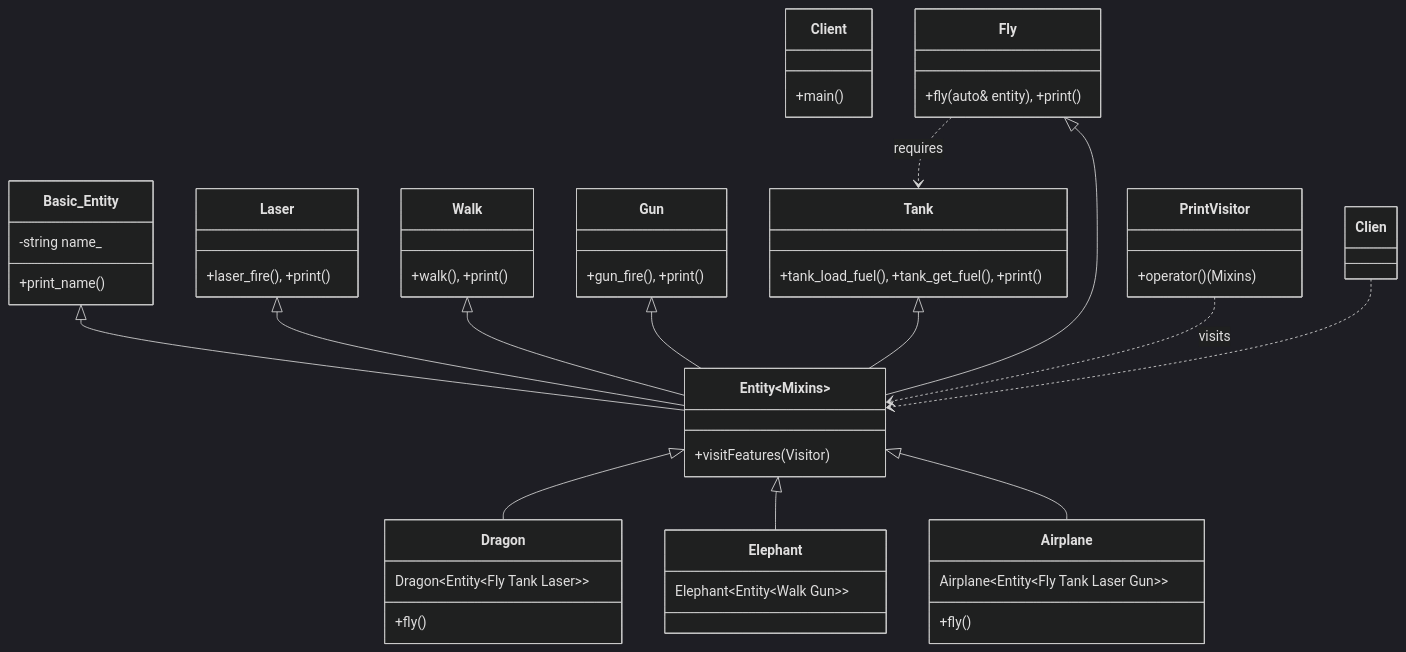
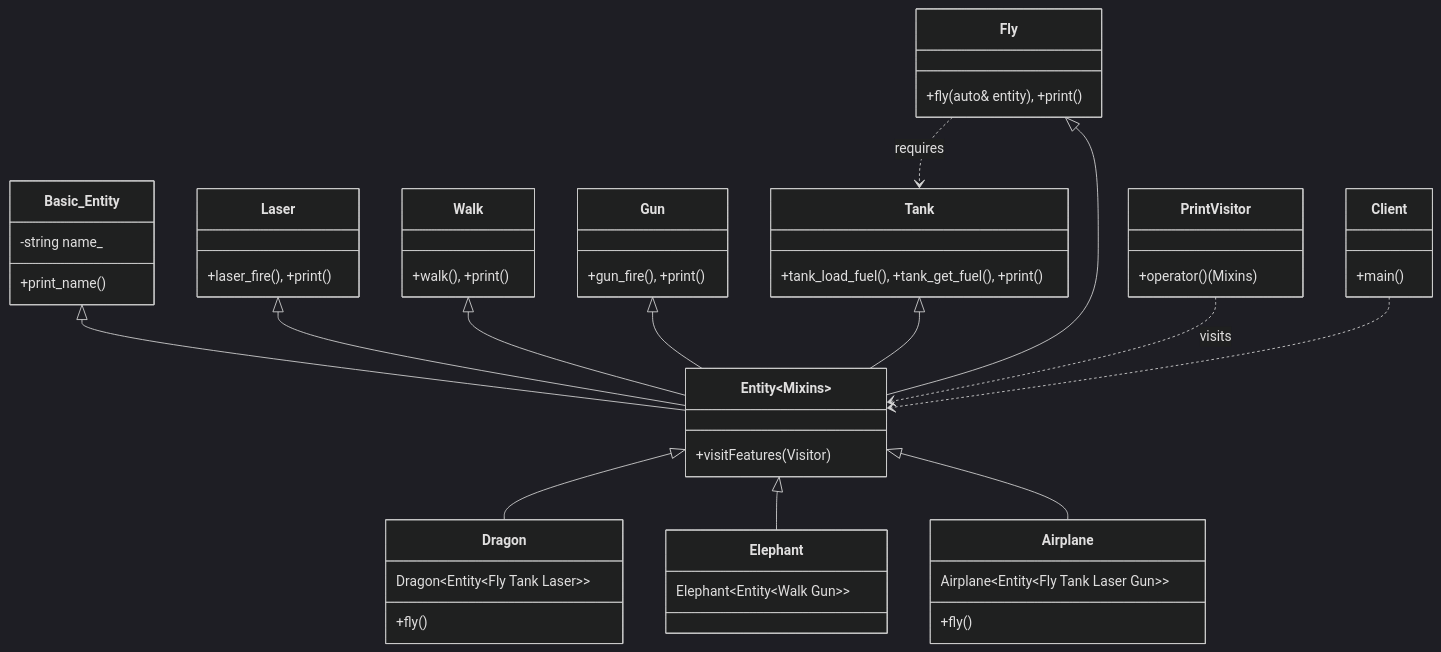
One commit to Cichlidfishexigency721/Modern-CPP-Design-Patterns changed the diagram in 15_Mixin/02_Advanced/diagram.md. Above: the diagram before and after it, drawn with Mermaid (dark theme).

Commit message:
UML improvement

````diff
--- a/15_Mixin/02_Advanced/diagram.md
+++ b/15_Mixin/02_Advanced/diagram.md
@@ -3,61 +3,61 @@
 ```mermaid
 classDiagram
 %%---------------------------------------------------------------------- Main:
    class Client {
       +main()
    }
 
 %%---------------------------------------------------- Features (Mixin Parts):
    class Laser { +laser_fire(), +print() }
    class Walk { +walk(), +print() }
    class Gun { +gun_fire(), +print() }
    class Tank { +tank_load_fuel(), +tank_get_fuel(), +print() }
    class Fly { +fly(auto& entity), +print() }
 
 %%--------------------------------------------------------------------- Entity:
    class Basic_Entity {
       -string name_
       +print_name()
    }
 
    class Entity~Mixins~ {
       +visitFeatures(Visitor)
    }
 
 %%------------------------------------------------------------ Mixin Entities:
    class Dragon {
       Dragon~Entity~Fly Tank Laser~~
       +fly()
    }
    class Elephant {
       Elephant~Entity~Walk Gun~~
    }
    class Airplane {
       Airplane~Entity~Fly Tank Laser Gun~~
       +fly()
    }
 
    class PrintVisitor {
       +operator()(Mixins)
    }
 
 %%----------------------------------------------------------- UML Composition:
    %% Multiple Inheritance (Horizontal Composition)
    %% No numbers used for inheritance
    Basic_Entity <|-- Entity~Mixins~
    Laser <|-- Entity~Mixins~
    Walk <|-- Entity~Mixins~
    Gun <|-- Entity~Mixins~
    Tank <|-- Entity~Mixins~
    Fly <|-- Entity~Mixins~
 
    %% Specific Entities
    Entity~Mixins~ <|-- Dragon
    Entity~Mixins~ <|-- Elephant
    Entity~Mixins~ <|-- Airplane
 
    %% Dependencies
    Fly ..> Tank : requires
    PrintVisitor ..> Entity~Mixins~ : visits
-   Clien ..> Entity~Mixins~
+   Client ..> Entity~Mixins~
 ```
````
